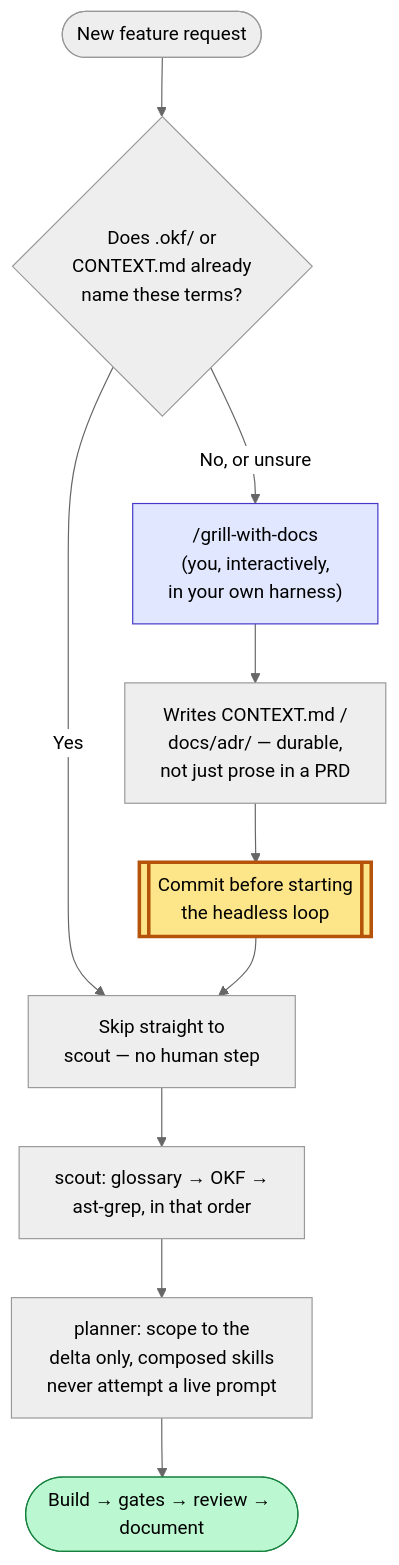
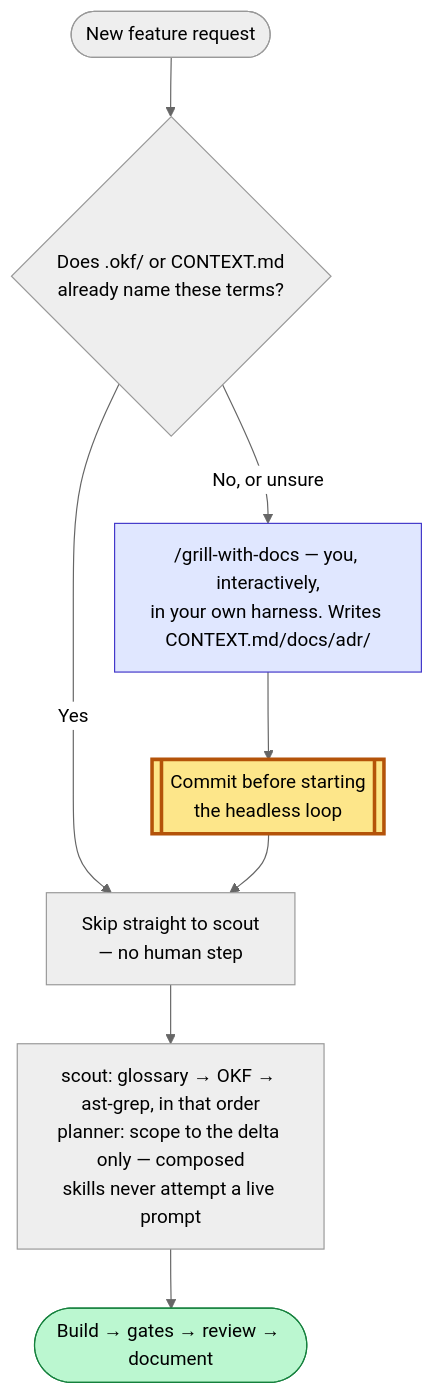
One commit to joystick/super-simple-software-factory changed the sixth of 6 diagrams in docs/playbook-adopting-sssf.md. Above: the diagram before and after it, drawn with Mermaid (neutral theme). The commit also changed 1 other file, not shown here.

Commit message:
Regenerate playbook PDF; compress Part C's second diagram to fit one page
The going-dark flowchart had 9 vertical node levels and got clipped mid-page
in the PDF render -- the final "Build -> gates -> review -> document" node
was lost entirely. Merged grill-with-docs's write step into its own node and
scout+planner into one combined node, dropping it to 6 levels. Verified via
the markdown-to-pdf skill's visual QA: 19 pages, no clipping, both Part C
diagrams render with all labels intact.

Claude-Session: https://claude.ai/code/session_01ATPJ2N7cW858fzbhd45zWe

````diff
--- a/docs/playbook-adopting-sssf.md
+++ b/docs/playbook-adopting-sssf.md
@@ -447,16 +447,14 @@
 ```mermaid
 flowchart TD
-    Req([New feature request]) --> Check{Does .okf/ or<br/>CONTEXT.md already<br/>name these terms?}
-    Check -->|Yes| Skip[Skip straight to<br/>scout — no human step]
-    Check -->|No, or unsure| Boot["/grill-with-docs<br/>(you, interactively,<br/>in your own harness)"]
-    Boot --> Write[Writes CONTEXT.md /<br/>docs/adr/ — durable,<br/>not just prose in a PRD]
-    Write --> Commit[["Commit before starting<br/>the headless loop"]]
+    Req([New feature request]) --> Check{Does .okf/ or CONTEXT.md<br/>already name these terms?}
+    Check -->|Yes| Skip[Skip straight to scout<br/>— no human step]
+    Check -->|No, or unsure| Boot["/grill-with-docs — you, interactively,<br/>in your own harness. Writes CONTEXT.md/docs/adr/"]
+    Boot --> Commit[["Commit before starting<br/>the headless loop"]]
     Commit --> Skip
-    Skip --> Scout["scout: glossary → OKF →<br/>ast-grep, in that order"]
-    Scout --> Plan["planner: scope to the<br/>delta only, composed skills<br/>never attempt a live prompt"]
-    Plan --> Rest([Build → gates → review → document])
+    Skip --> ScoutPlan["scout: glossary → OKF → ast-grep, in that order<br/>planner: scope to the delta only — composed<br/>skills never attempt a live prompt"]
+    ScoutPlan --> Rest([Build → gates → review → document])
 
     style Boot fill:#e0e7ff,stroke:#4338ca,color:#000
     style Commit fill:#fde68a,stroke:#b45309,stroke-width:3px,color:#000
     style Rest fill:#bbf7d0,stroke:#15803d,color:#000
 ```
````
